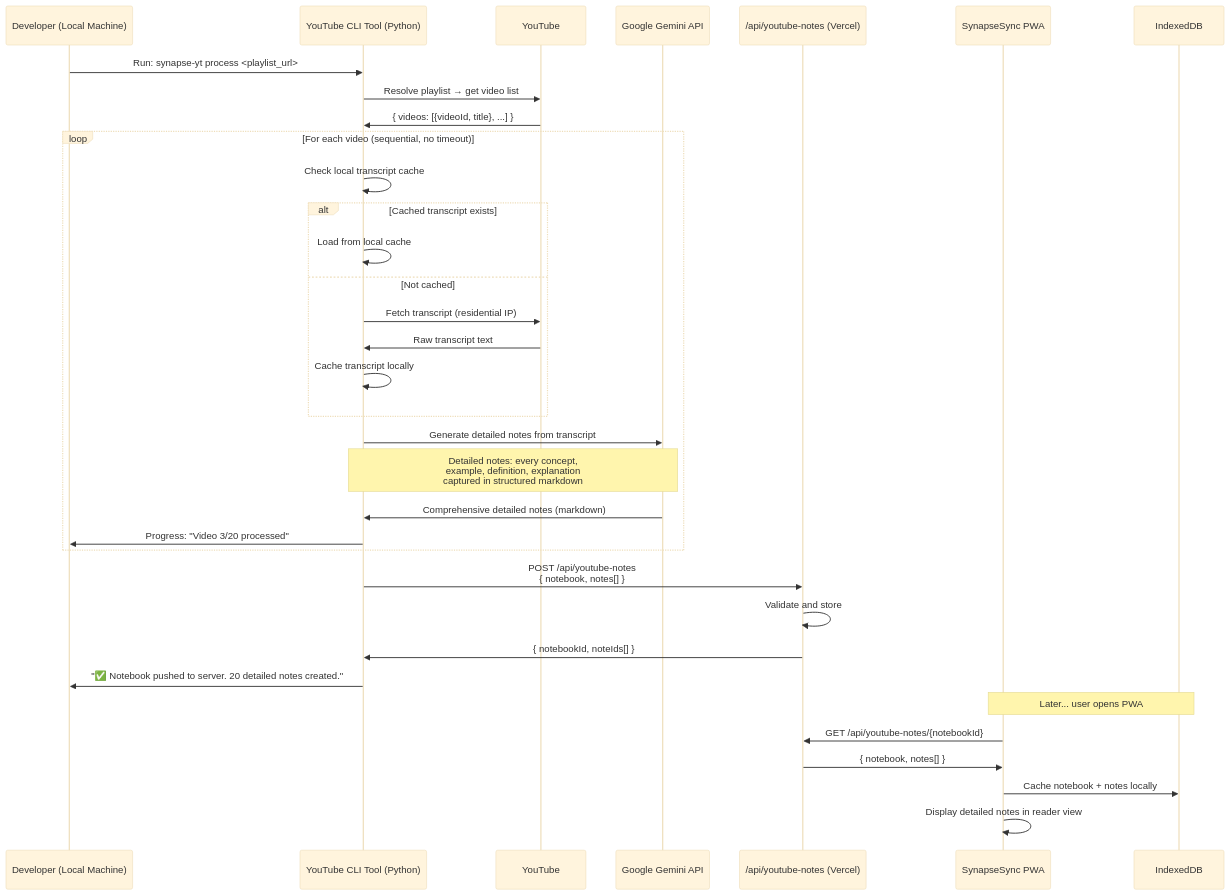
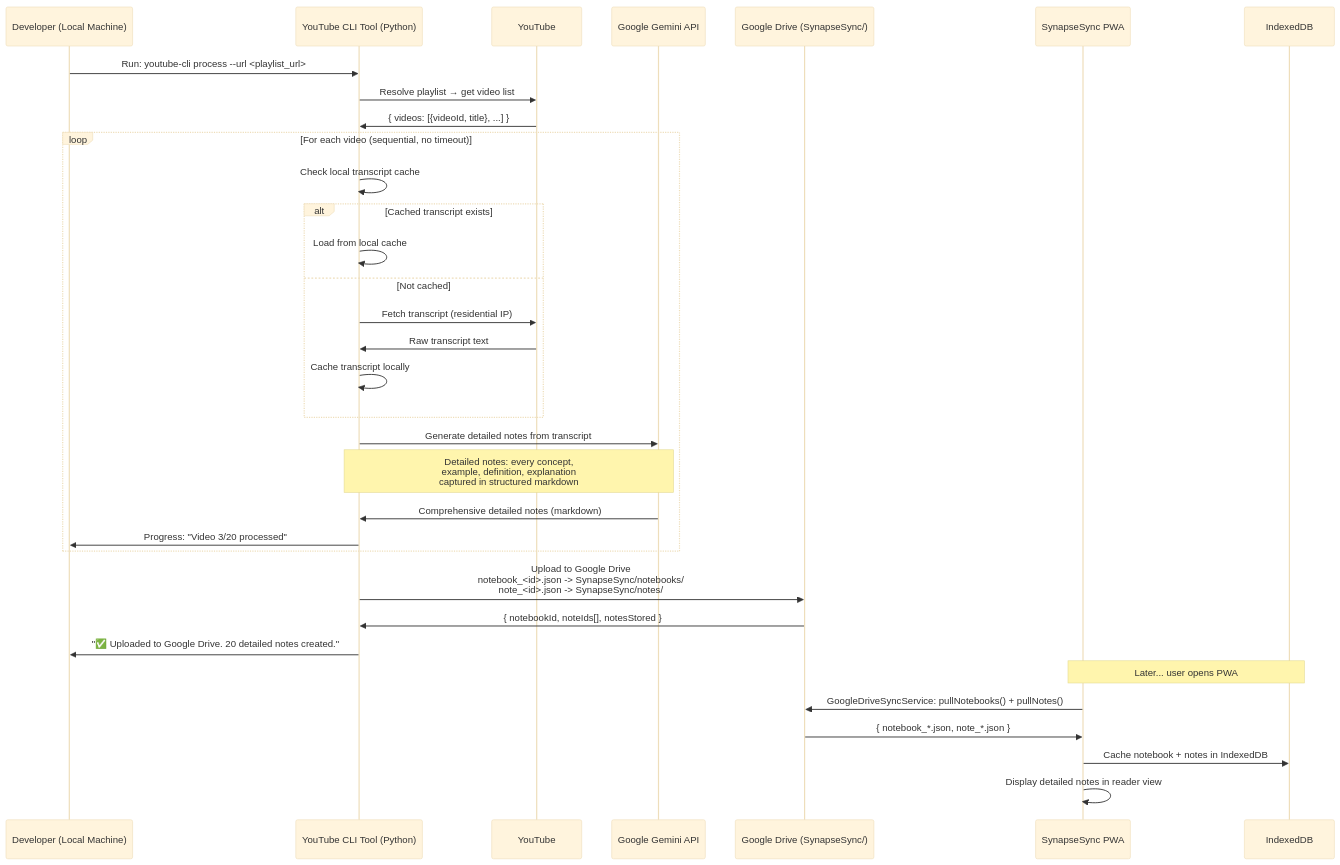
Before and after one commit to Strider221B/synapse-sync: the seventh of 8 diagrams in documentation/design/high_level/02_system_architecture.md, drawn with Mermaid (base theme). The commit also changed other lines of this file and 30 other files, not shown here.

First line of the commit message:
Migrate Notes & YouTube Ingestion to Google Drive as Sole Source of Truth with Cross-Device Sync (#13)

````diff
--- a/documentation/design/high_level/02_system_architecture.md
+++ b/documentation/design/high_level/02_system_architecture.md
@@ -318,40 +318,39 @@
 ```mermaid
 sequenceDiagram
     participant Dev as Developer (Local Machine)
     participant CLI as YouTube CLI Tool (Python)
     participant YT as YouTube
     participant Gemini as Google Gemini API
-    participant API as /api/youtube-notes (Vercel)
+    participant Drive as Google Drive (SynapseSync/)
     participant PWA as SynapseSync PWA
     participant IDB as IndexedDB
 
-    Dev->>CLI: Run: synapse-yt process <playlist_url>
+    Dev->>CLI: Run: youtube-cli process --url <playlist_url>
     CLI->>YT: Resolve playlist → get video list
     YT->>CLI: { videos: [{videoId, title}, ...] }
 
     loop For each video (sequential, no timeout)
         CLI->>CLI: Check local transcript cache
         alt Cached transcript exists
             CLI->>CLI: Load from local cache
         else Not cached
             CLI->>YT: Fetch transcript (residential IP)
             YT->>CLI: Raw transcript text
             CLI->>CLI: Cache transcript locally
         end
         CLI->>Gemini: Generate detailed notes from transcript
         Note over CLI,Gemini: Detailed notes: every concept,<br/>example, definition, explanation<br/>captured in structured markdown
         Gemini->>CLI: Comprehensive detailed notes (markdown)
         CLI->>Dev: Progress: "Video 3/20 processed"
     end
 
-    CLI->>API: POST /api/youtube-notes<br/>{ notebook, notes[] }
-    API->>API: Validate and store
-    API->>CLI: { notebookId, noteIds[] }
-    CLI->>Dev: "✅ Notebook pushed to server. 20 detailed notes created."
+    CLI->>Drive: Upload to Google Drive<br/>notebook_<id>.json -> SynapseSync/notebooks/<br/>note_<id>.json -> SynapseSync/notes/
+    Drive->>CLI: { notebookId, noteIds[], notesStored }
+    CLI->>Dev: "✅ Uploaded to Google Drive. 20 detailed notes created."
 
     Note over PWA,IDB: Later... user opens PWA
-    PWA->>API: GET /api/youtube-notes/{notebookId}
-    API->>PWA: { notebook, notes[] }
-    PWA->>IDB: Cache notebook + notes locally
+    PWA->>Drive: GoogleDriveSyncService: pullNotebooks() + pullNotes()
+    Drive->>PWA: { notebook_*.json, note_*.json }
+    PWA->>IDB: Cache notebook + notes in IndexedDB
     PWA->>PWA: Display detailed notes in reader view
 ```
````
